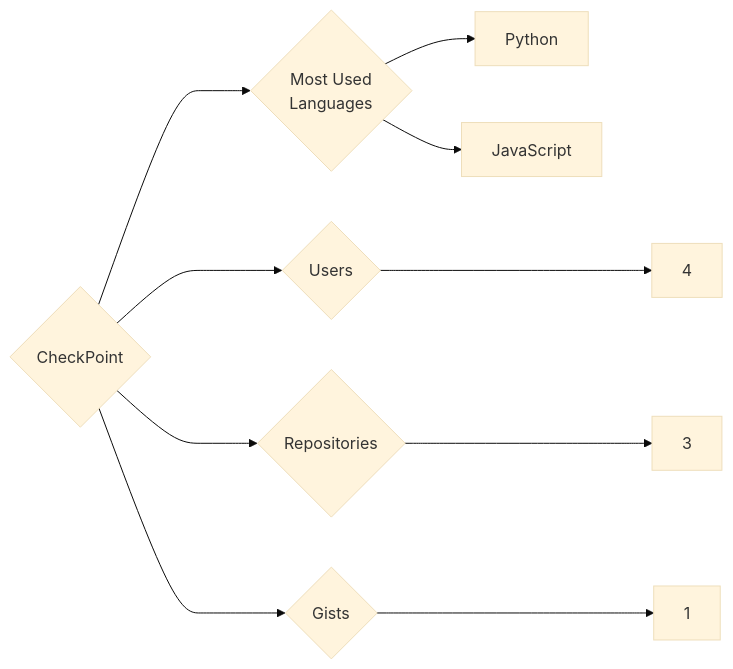
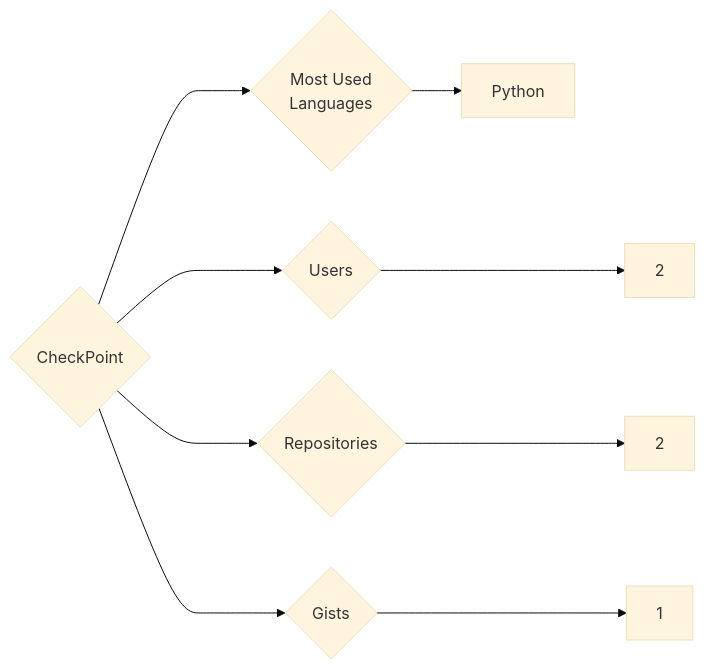
Before and after one commit to trickest/insiders: the diagram in targets/CheckPoint/README.md, drawn with Mermaid (base theme). The commit also changed 873 other files, not shown here.

````diff
--- a/targets/CheckPoint/README.md
+++ b/targets/CheckPoint/README.md
@@ -3,10 +3,9 @@
 ```mermaid
 graph LR
 COMPANY_NAME{CheckPoint}
-COMPANY_NAME ---> U{Users} ---> UN[4]
-COMPANY_NAME ---> R{Repositories} ---> RN[3]
+COMPANY_NAME ---> U{Users} ---> UN[2]
+COMPANY_NAME ---> R{Repositories} ---> RN[2]
 COMPANY_NAME ---> G{Gists} ---> GN[1]
 COMPANY_NAME ---> ML{Most Used<br>Languages}
 ML --> Python[Python]
-ML --> JavaScript[JavaScript]
 ```
````
